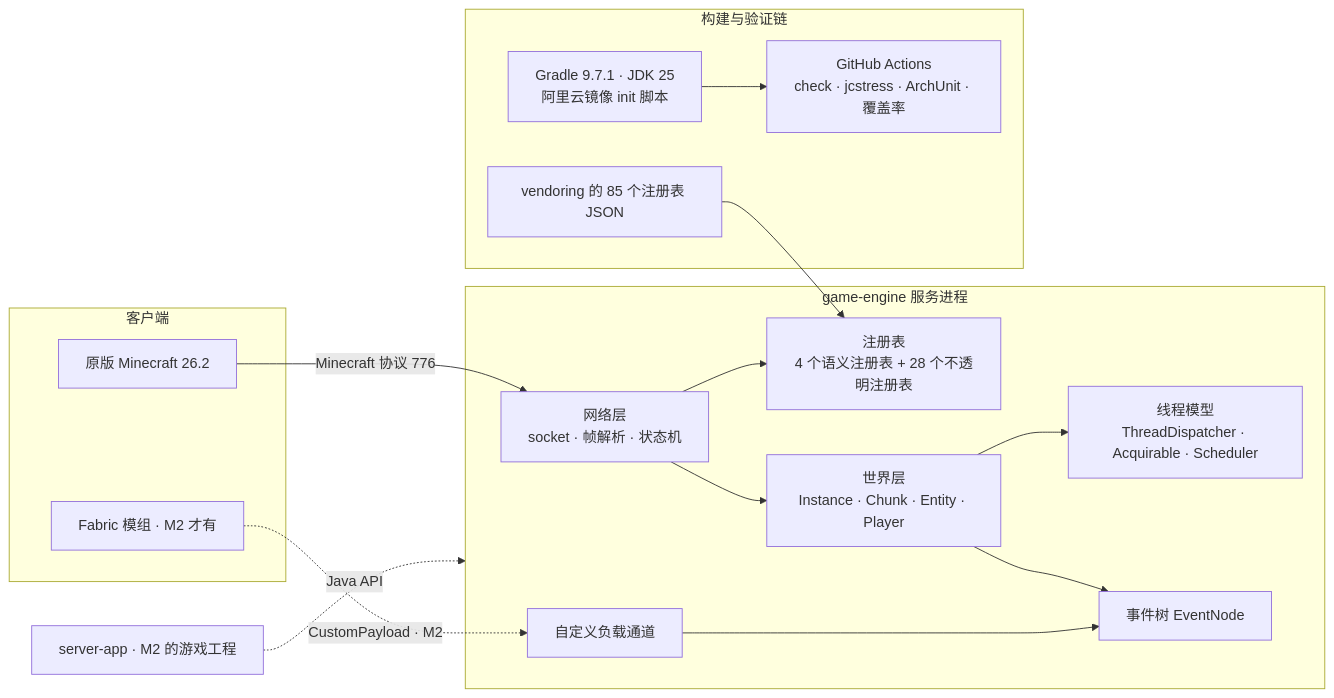
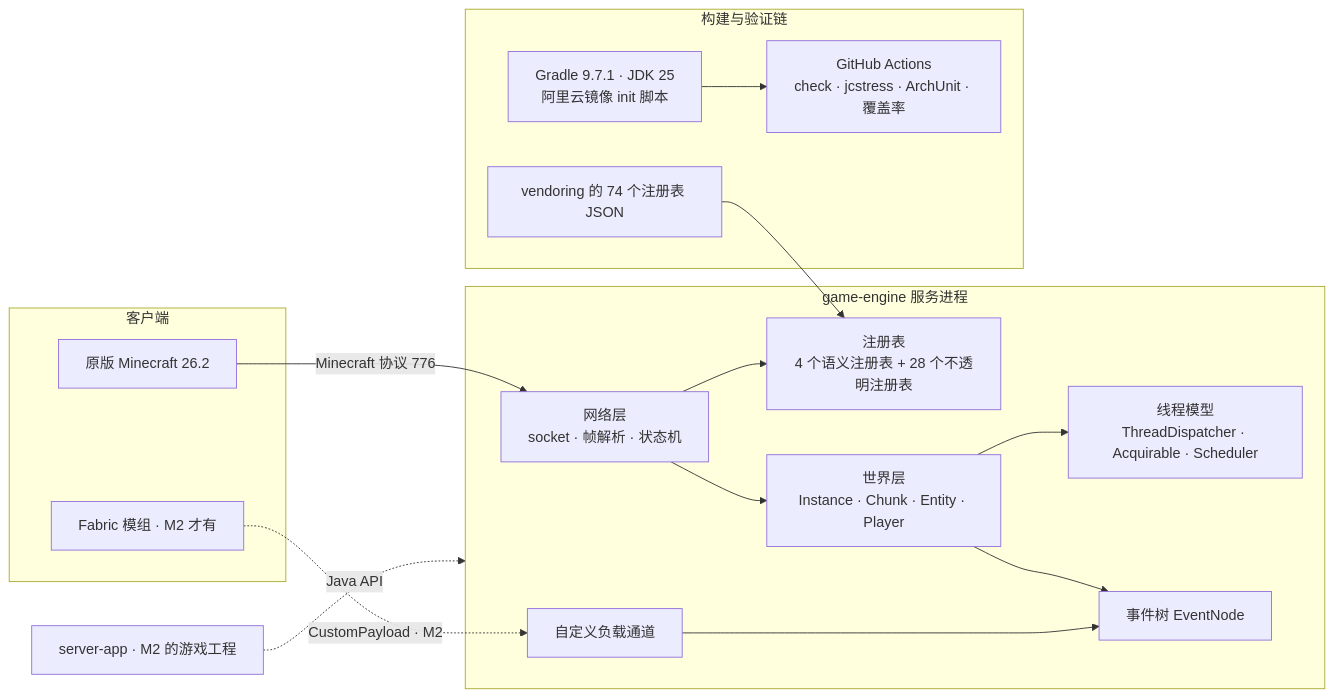
The first of 5 diagrams in docs/DESIGN.md (Bearisbug/synaxis), drawn with Mermaid before and after one commit. The commit also changed other lines of this file and 88 other files, not shown here.

````diff
--- a/docs/DESIGN.md
+++ b/docs/DESIGN.md
@@ -85,30 +86,30 @@
 ```mermaid
 flowchart LR
   subgraph client[客户端]
     vanilla[原版 Minecraft 26.2]
     fabric[Fabric 模组 · M2 才有]
   end
   subgraph engine[game-engine 服务进程]
     net[网络层<br/>socket · 帧解析 · 状态机]
     reg[注册表<br/>4 个语义注册表 + 28 个不透明注册表]
     world[世界层<br/>Instance · Chunk · Entity · Player]
     tick[线程模型<br/>ThreadDispatcher · Acquirable · Scheduler]
     ev[事件树 EventNode]
     payload[自定义负载通道]
   end
   subgraph build[构建与验证链]
     gradle[Gradle 9.7.1 · JDK 25<br/>阿里云镜像 init 脚本]
     ci[GitHub Actions<br/>check · jcstress · ArchUnit · 覆盖率]
-    data[vendoring 的 85 个注册表 JSON]
+    data[vendoring 的 74 个注册表 JSON]
   end
   vanilla -- "Minecraft 协议 776" --> net
   fabric -. "CustomPayload · M2" .-> payload
   net --> reg
   net --> world
   world --> tick
   world --> ev
   payload --> ev
   data --> reg
   gradle --> ci
   serverapp[server-app · M2 的游戏工程] -. "Java API" .-> engine
 ```
````
